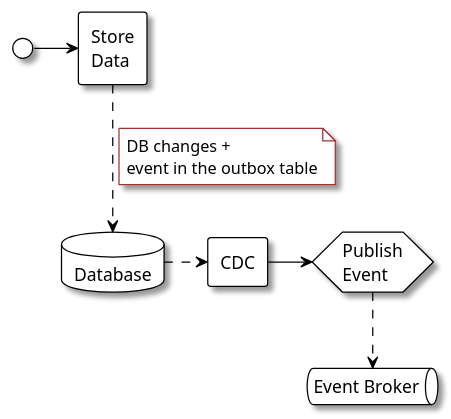
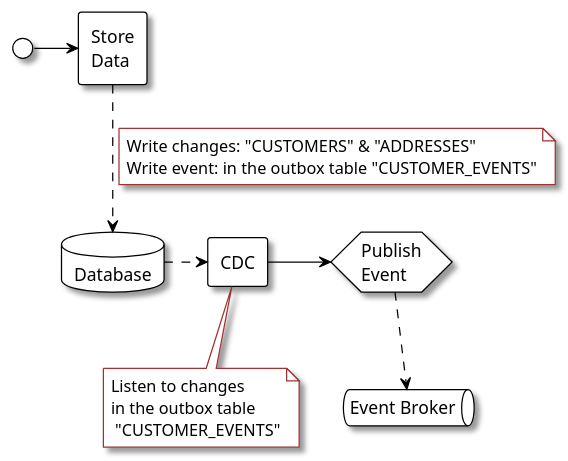
Before and after one commit to scalvetr/scalvetr.github.io: the diagram in assets/img/2022-02-10-dual-writes-problem-in-eda/dual-write-outbox.puml, drawn with PlantUML. The commit also changed 6 other files, not shown here.

```diff
--- a/assets/img/2022-02-10-dual-writes-problem-in-eda/dual-write-outbox.puml
+++ b/assets/img/2022-02-10-dual-writes-problem-in-eda/dual-write-outbox.puml
@@ -1,45 +1,50 @@
 @startuml
 !theme plain
 
 'use stereotype only for styling
 hide stereotype
 
 'show <<tx>> stereotype
 
 skinparam {
     shadowing true
     'defaultFontName SansSerif
     'defaultFontSize 2
     'defaultFontColor red
 }
 
 'https://plantuml-documentation.readthedocs.io/en/latest/formatting/all-skin-params.html#rectangle
 skinparam rectangle<<tx>> {
     'borderThickness 2
     roundCorner 25
     borderColor #A03030
 }
 skinparam note {
 
     borderColor #A03030
 }
 () start as " "
 rectangle store_data as "Store\nData"
 database database as "Database"
 rectangle cdc as "CDC"
 hexagon publish_event as "Publish\nEvent"
 queue event_broker as "Event Broker"
 
 start -> store_data
 store_data ..> database
 
 note right on link
-  DB changes +
-  event in the outbox table
+  Write changes: "CUSTOMERS" & "ADDRESSES"
+  Write event: in the outbox table "CUSTOMER_EVENTS"
 end note
 database .> cdc
 cdc -> publish_event
 publish_event ..> event_broker
 
+note bottom of cdc
+Listen to changes
+in the outbox table
+ "CUSTOMER_EVENTS"
+end note
 
 @enduml
```
